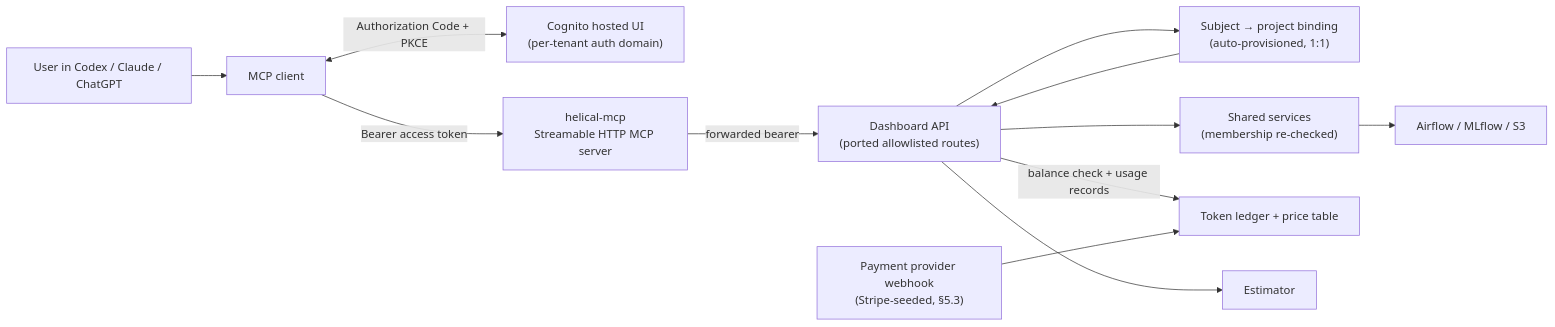
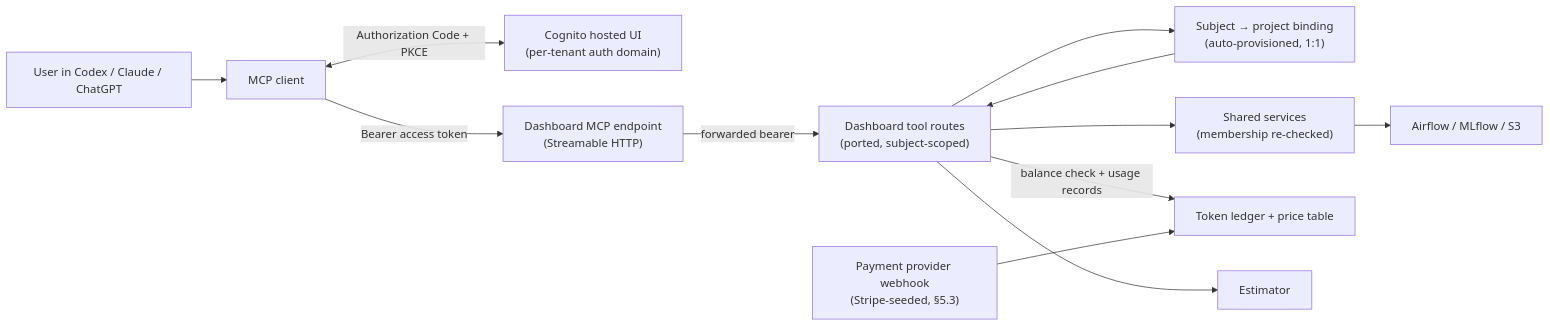
Before and after one commit to helicalAI/heli-plugin: the diagram in DESIGN.md, drawn with Mermaid. The commit also changed other lines of this file and 2 other files, not shown here.

````diff
--- a/DESIGN.md
+++ b/DESIGN.md
@@ -199,26 +199,26 @@
 ```mermaid
 flowchart LR
     U["User in Codex / Claude / ChatGPT"]
     H["MCP client"]
     A["Cognito hosted UI<br/>(per-tenant auth domain)"]
-    M["helical-mcp<br/>Streamable HTTP MCP server"]
-    D["Dashboard API<br/>(ported allowlisted routes)"]
+    M["Dashboard MCP endpoint<br/>(Streamable HTTP)"]
+    D["Dashboard tool routes<br/>(ported, subject-scoped)"]
     B["Subject → project binding<br/>(auto-provisioned, 1:1)"]
     S["Shared services<br/>(membership re-checked)"]
     L["Token ledger + price table"]
     E["Estimator"]
     P["Airflow / MLflow / S3"]
     W["Payment provider webhook<br/>(Stripe-seeded, §5.3)"]
 
     U --> H
     H <-->|"Authorization Code + PKCE"| A
     H -->|"Bearer access token"| M
     M -->|"forwarded bearer"| D
     D --> B
     B --> D
     D --> S
     S --> P
     D --> E
     D -->|"balance check + usage records"| L
     W --> L
 ```
````
